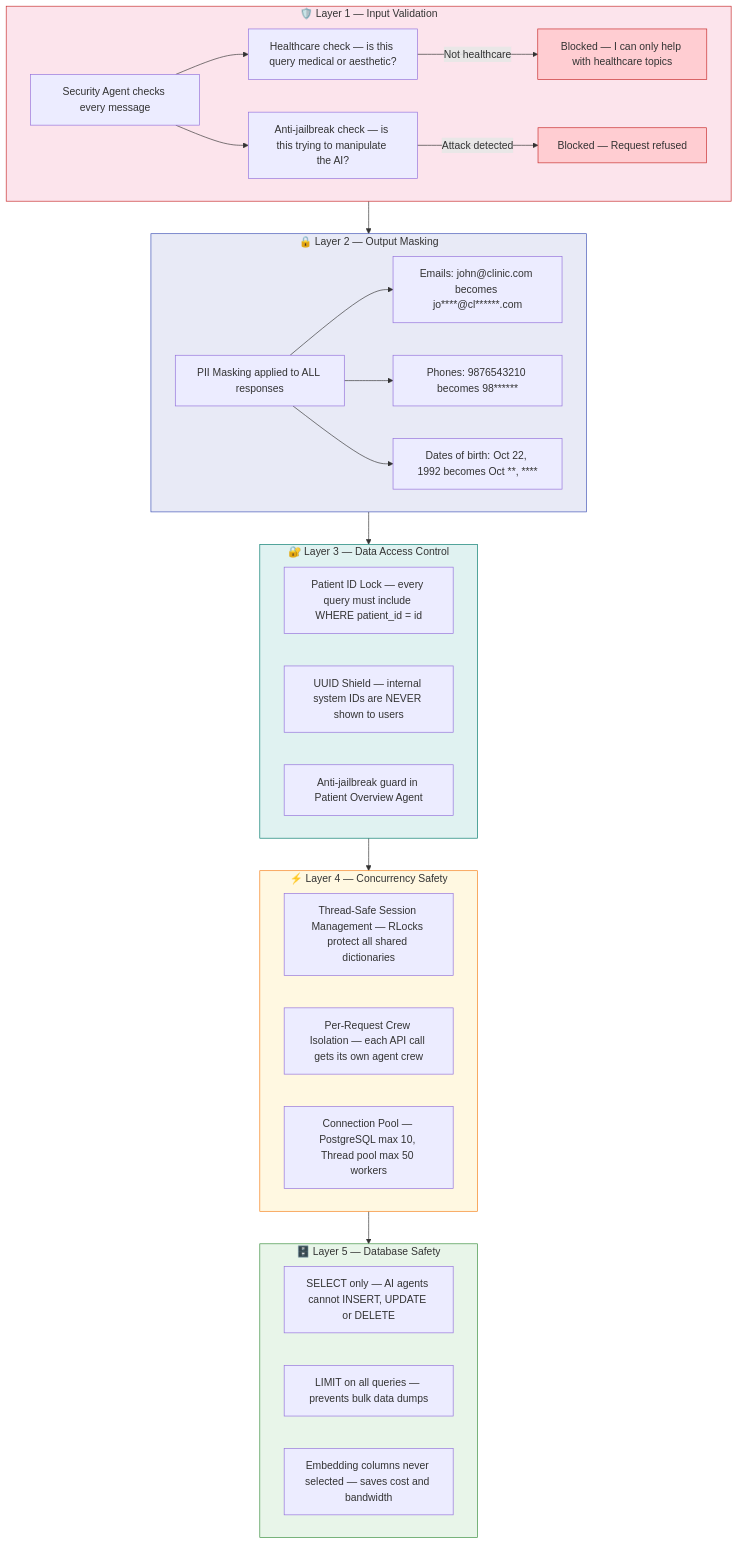
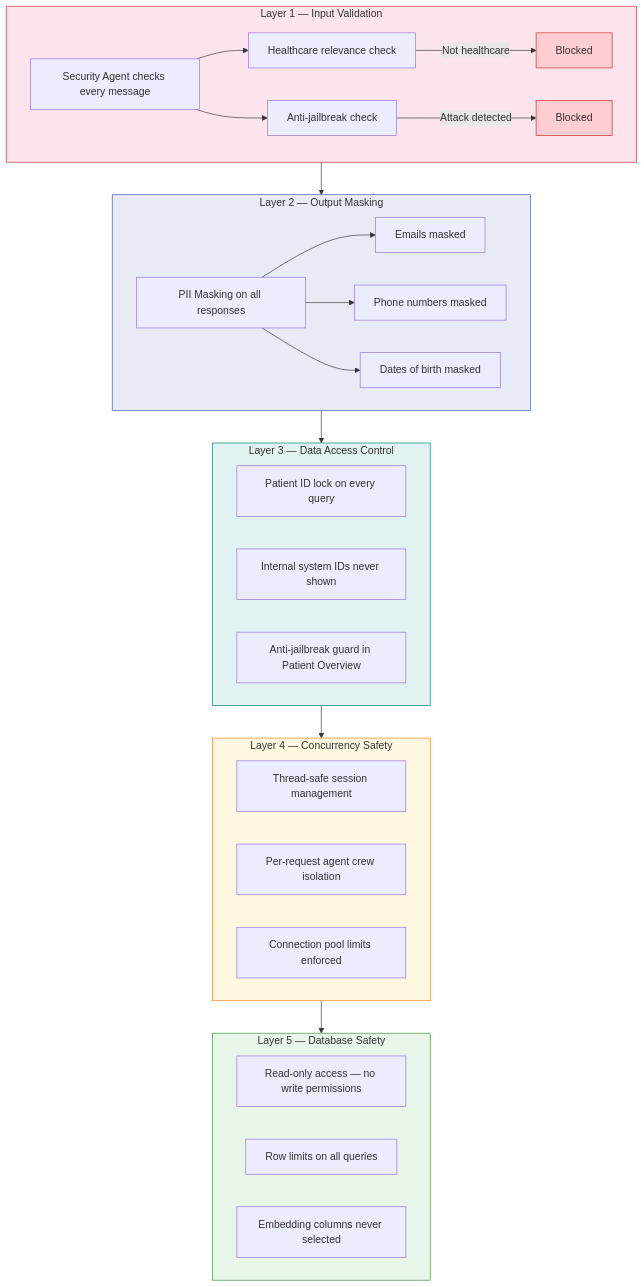
Diagram 16 of 16 in README.md (harshbhaskerwar/markdown-tests), drawn with Mermaid before and after one commit. The commit also changed other lines of this file, not shown here.

````diff
--- a/README.md
+++ b/README.md
@@ -685,53 +618,53 @@
 ```mermaid
 graph TD
-    subgraph LAYER1["🛡️ Layer 1 — Input Validation"]
+    subgraph LAYER1["Layer 1 — Input Validation"]
         SEC_AGENT["Security Agent checks every message"]
-        HEALTHCARE["Healthcare check — is this query medical or aesthetic?"]
-        JAILBREAK["Anti-jailbreak check — is this trying to manipulate the AI?"]
+        HEALTHCARE["Healthcare relevance check"]
+        JAILBREAK["Anti-jailbreak check"]
         SEC_AGENT --> HEALTHCARE
         SEC_AGENT --> JAILBREAK
-        HEALTHCARE -->|"Not healthcare"| BLOCK_IN["Blocked — I can only help with healthcare topics"]
-        JAILBREAK -->|"Attack detected"| BLOCK_J["Blocked — Request refused"]
+        HEALTHCARE -->|"Not healthcare"| BLOCK_IN["Blocked"]
+        JAILBREAK -->|"Attack detected"| BLOCK_J["Blocked"]
     end
 
-    subgraph LAYER2["🔒 Layer 2 — Output Masking"]
-        PII["PII Masking applied to ALL responses"]
-        EMAIL_MASK["Emails: john@clinic.com becomes jo****@cl******.com"]
-        PHONE_MASK["Phones: 9876543210 becomes 98******"]
-        DOB_MASK["Dates of birth: Oct 22, 1992 becomes Oct **, ****"]
+    subgraph LAYER2["Layer 2 — Output Masking"]
+        PII["PII Masking on all responses"]
+        EMAIL_MASK["Emails masked"]
+        PHONE_MASK["Phone numbers masked"]
+        DOB_MASK["Dates of birth masked"]
         PII --> EMAIL_MASK
         PII --> PHONE_MASK
         PII --> DOB_MASK
     end
 
-    subgraph LAYER3["🔐 Layer 3 — Data Access Control"]
-        PATIENT_LOCK["Patient ID Lock — every query must include WHERE patient_id = id"]
-        NO_UUID["UUID Shield — internal system IDs are NEVER shown to users"]
-        PRIVACY_GUARD["Anti-jailbreak guard in Patient Overview Agent"]
+    subgraph LAYER3["Layer 3 — Data Access Control"]
+        PATIENT_LOCK["Patient ID lock on every query"]
+        NO_UUID["Internal system IDs never shown"]
+        PRIVACY_GUARD["Anti-jailbreak guard in Patient Overview"]
     end
 
-    subgraph LAYER4["⚡ Layer 4 — Concurrency Safety"]
-        THREAD_SAFE["Thread-Safe Session Management — RLocks protect all shared dictionaries"]
-        PER_REQ["Per-Request Crew Isolation — each API call gets its own agent crew"]
-        POOL_INFO["Connection Pool — PostgreSQL max 10, Thread pool max 50 workers"]
+    subgraph LAYER4["Layer 4 — Concurrency Safety"]
+        THREAD_SAFE["Thread-safe session management"]
+        PER_REQ["Per-request agent crew isolation"]
+        POOL_INFO["Connection pool limits enforced"]
     end
 
-    subgraph LAYER5["🗄️ Layer 5 — Database Safety"]
-        SQL_GUARD["SELECT only — AI agents cannot INSERT, UPDATE or DELETE"]
-        LIMIT_RULE["LIMIT on all queries — prevents bulk data dumps"]
-        NO_EMBED["Embedding columns never selected — saves cost and bandwidth"]
+    subgraph LAYER5["Layer 5 — Database Safety"]
+        SQL_GUARD["Read-only access — no write permissions"]
+        LIMIT_RULE["Row limits on all queries"]
+        NO_EMBED["Embedding columns never selected"]
     end
 
     LAYER1 --> LAYER2
     LAYER2 --> LAYER3
     LAYER3 --> LAYER4
     LAYER4 --> LAYER5
 
     style BLOCK_IN fill:#ffcdd2,stroke:#c62828
     style BLOCK_J fill:#ffcdd2,stroke:#c62828
     style LAYER1 fill:#fce4ec,stroke:#c62828
     style LAYER2 fill:#e8eaf6,stroke:#3F51B5
     style LAYER3 fill:#e0f2f1,stroke:#00796B
     style LAYER4 fill:#fff8e1,stroke:#F57F17
     style LAYER5 fill:#e8f5e9,stroke:#388E3C
 ```
````
